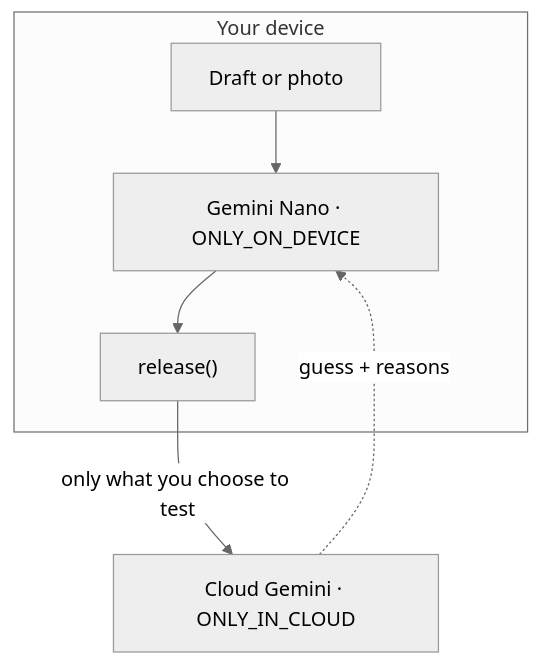
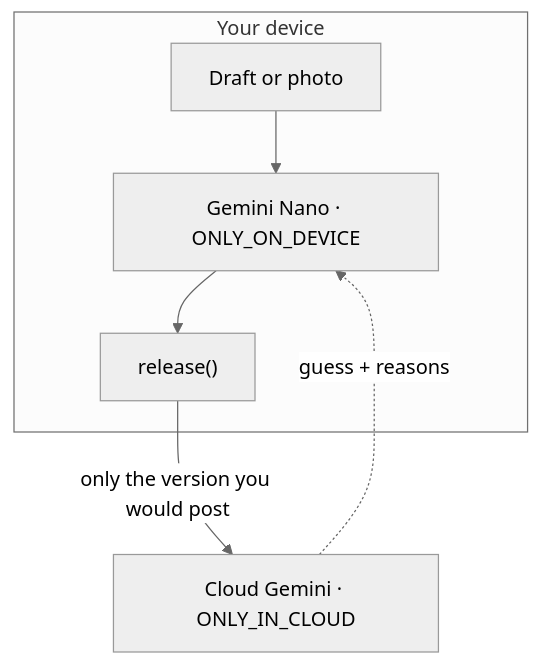
The diagram in README.md (Ruby570bocadito/throwaway), drawn with Mermaid (neutral theme) before and after one commit. The commit also changed other lines of this file and 13 other files, not shown here.

````diff
--- a/README.md
+++ b/README.md
@@ -44,8 +45,8 @@
 ```mermaid
 flowchart TB
   subgraph device["Your device"]
     secret["Draft or photo"] --> nano["Gemini Nano · ONLY_ON_DEVICE"] --> out["release()"]
   end
-  out -->|"only what you choose to test"| attacker["Cloud Gemini · ONLY_IN_CLOUD"]
+  out -->|"only the version you would post"| attacker["Cloud Gemini · ONLY_IN_CLOUD"]
   attacker -.->|"guess + reasons"| nano
 ```
````
